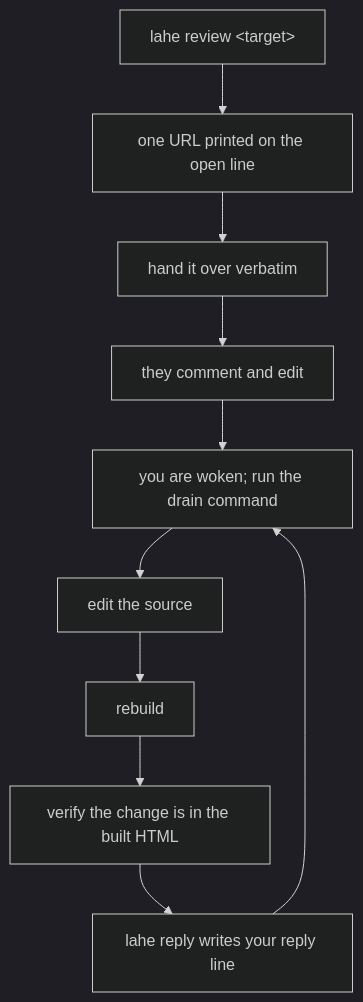
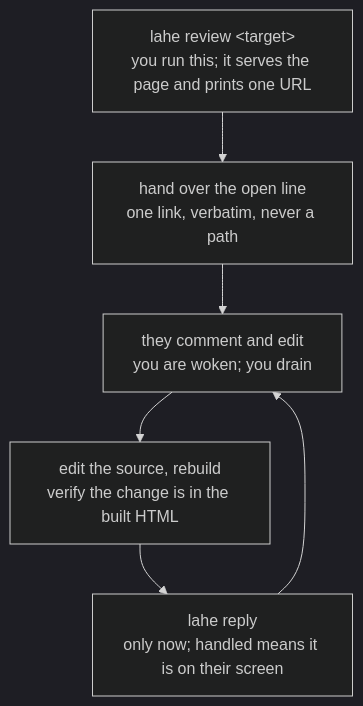
One commit to kenxle/live-agentic-html-editor changed the diagram in skills/lahe/SKILL.md. Above: the diagram before and after it, drawn with Mermaid (dark theme). The commit also changed other lines of this file and 4 other files, not shown here.

````diff
--- a/skills/lahe/SKILL.md
+++ b/skills/lahe/SKILL.md
@@ -98,12 +46,8 @@
 ```mermaid
 flowchart TD
-    A["lahe review &lt;target&gt;"] --> B["one URL printed on the open line"]
-    B --> C["hand it over verbatim"]
-    C --> D["they comment and edit"]
-    D --> E["you are woken; run the drain command"]
-    E --> F["edit the source"]
-    F --> G["rebuild"]
-    G --> H["verify the change is in the built HTML"]
-    H --> I["lahe reply writes your reply line"]
-    I --> E
+    A["lahe review &lt;target&gt;<br/>you run this; it serves the page and prints one URL"] --> B["hand over the open line<br/>one link, verbatim, never a path"]
+    B --> C["they comment and edit<br/>you are woken; you drain"]
+    C --> D["edit the source, rebuild<br/>verify the change is in the built HTML"]
+    D --> E["lahe reply<br/>only now; handled means it is on their screen"]
+    E --> C
 ```
````
